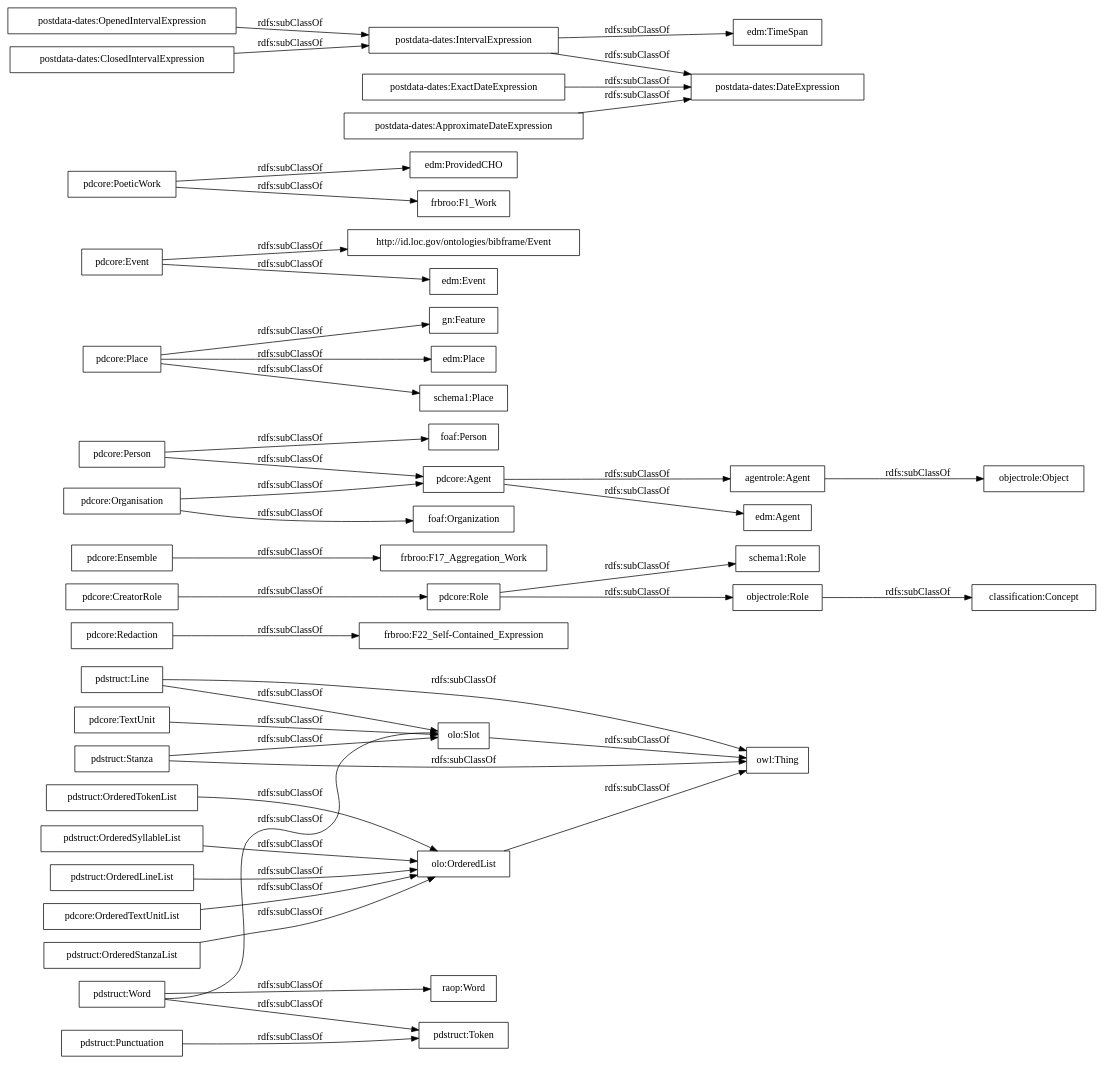
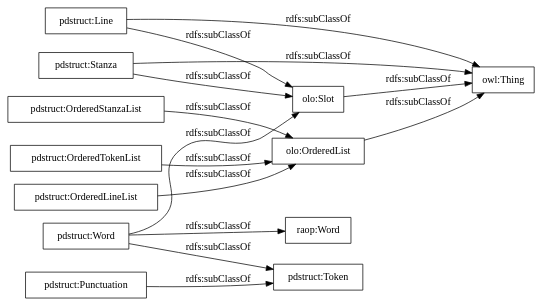
One commit to linhd-postdata/structuralElements-ontology changed the diagram in OnToology/postdata-structuralElements.owl/diagrams/ar2dtool-taxonomy/postdata-structuralElements.owl.png.dot. Above: the diagram before and after it, drawn with Graphviz. The commit also changed 12 other files, not shown here.

```diff
--- a/OnToology/postdata-structuralElements.owl/diagrams/ar2dtool-taxonomy/postdata-structuralElements.owl.png.dot
+++ b/OnToology/postdata-structuralElements.owl/diagrams/ar2dtool-taxonomy/postdata-structuralElements.owl.png.dot
@@ -1,48 +1,19 @@
 digraph ar2dtool_diagram { 
 rankdir=LR;
 size="1000"
-node [shape = rectangle, color="black"]; "pdstruct:Line" "pdstruct:Punctuation" "pdstruct:OrderedStanzaList" "pdstruct:OrderedTokenList" "pdstruct:Word" "pdstruct:Stanza" "pdstruct:Token" "pdstruct:OrderedSyllableList" "pdcore:Redaction" "raop:Word" "pdstruct:OrderedLineList" "pdcore:Role" "frbroo:F17_Aggregation_Work" "pdcore:OrderedTextUnitList" "agentrole:Agent" "gn:Feature" "edm:Agent" "pdcore:Agent" "pdcore:CreatorRole" "pdcore:Person" "pdcore:Organisation" "edm:Place" "pdcore:Ensemble" "foaf:Person" "frbroo:F22_Self-Contained_Expression" "http://id.loc.gov/ontologies/bibframe/Event" "edm:Event" "pdcore:TextUnit" "foaf:Organization" "edm:ProvidedCHO" "pdcore:Place" "schema1:Place" "pdcore:Event" "pdcore:PoeticWork" "frbroo:F1_Work" "schema1:Role" "olo:Slot" "olo:OrderedList" "owl:Thing" "objectrole:Role" "objectrole:Object" "postdata-dates:OpenedIntervalExpression" "postdata-dates:ClosedIntervalExpression" "postdata-dates:IntervalExpression" "postdata-dates:ExactDateExpression" "edm:TimeSpan" "postdata-dates:DateExpression" "postdata-dates:ApproximateDateExpression" "classification:Concept" ; /*classes style*/
-	"pdstruct:OrderedStanzaList" -> "olo:OrderedList" [ label = "rdfs:subClassOf" ];
-	"pdcore:Person" -> "foaf:Person" [ label = "rdfs:subClassOf" ];
-	"pdcore:Person" -> "pdcore:Agent" [ label = "rdfs:subClassOf" ];
+node [shape = rectangle, color="black"]; "pdstruct:Line" "pdstruct:Punctuation" "pdstruct:OrderedStanzaList" "pdstruct:OrderedTokenList" "pdstruct:Word" "pdstruct:Stanza" "pdstruct:Token" "raop:Word" "pdstruct:OrderedLineList" "olo:Slot" "olo:OrderedList" ; /*classes style*/
+	"pdstruct:Line" -> "olo:Slot" [ label = "rdfs:subClassOf" ];
+	"pdstruct:Line" -> "owl:Thing" [ label = "rdfs:subClassOf" ];
+	"pdstruct:OrderedLineList" -> "olo:OrderedList" [ label = "rdfs:subClassOf" ];
 	"pdstruct:OrderedTokenList" -> "olo:OrderedList" [ label = "rdfs:subClassOf" ];
-	"pdstruct:Punctuation" -> "pdstruct:Token" [ label = "rdfs:subClassOf" ];
-	"agentrole:Agent" -> "objectrole:Object" [ label = "rdfs:subClassOf" ];
 	"pdstruct:Word" -> "olo:Slot" [ label = "rdfs:subClassOf" ];
 	"pdstruct:Word" -> "pdstruct:Token" [ label = "rdfs:subClassOf" ];
 	"pdstruct:Word" -> "raop:Word" [ label = "rdfs:subClassOf" ];
-	"pdcore:PoeticWork" -> "frbroo:F1_Work" [ label = "rdfs:subClassOf" ];
-	"pdcore:PoeticWork" -> "edm:ProvidedCHO" [ label = "rdfs:subClassOf" ];
-	"objectrole:Role" -> "classification:Concept" [ label = "rdfs:subClassOf" ];
-	"pdstruct:OrderedSyllableList" -> "olo:OrderedList" [ label = "rdfs:subClassOf" ];
-	"postdata-dates:ClosedIntervalExpression" -> "postdata-dates:IntervalExpression" [ label = "rdfs:subClassOf" ];
+	"olo:OrderedList" -> "owl:Thing" [ label = "rdfs:subClassOf" ];
+	"olo:Slot" -> "owl:Thing" [ label = "rdfs:subClassOf" ];
 	"pdstruct:Stanza" -> "olo:Slot" [ label = "rdfs:subClassOf" ];
 	"pdstruct:Stanza" -> "owl:Thing" [ label = "rdfs:subClassOf" ];
-	"postdata-dates:ApproximateDateExpression" -> "postdata-dates:DateExpression" [ label = "rdfs:subClassOf" ];
-	"pdcore:Agent" -> "agentrole:Agent" [ label = "rdfs:subClassOf" ];
-	"pdcore:Agent" -> "edm:Agent" [ label = "rdfs:subClassOf" ];
-	"olo:Slot" -> "owl:Thing" [ label = "rdfs:subClassOf" ];
-	"postdata-dates:OpenedIntervalExpression" -> "postdata-dates:IntervalExpression" [ label = "rdfs:subClassOf" ];
-	"pdcore:Organisation" -> "foaf:Organization" [ label = "rdfs:subClassOf" ];
-	"pdcore:Organisation" -> "pdcore:Agent" [ label = "rdfs:subClassOf" ];
-	"pdcore:Ensemble" -> "frbroo:F17_Aggregation_Work" [ label = "rdfs:subClassOf" ];
-	"olo:OrderedList" -> "owl:Thing" [ label = "rdfs:subClassOf" ];
-	"pdcore:TextUnit" -> "olo:Slot" [ label = "rdfs:subClassOf" ];
-	"pdcore:Redaction" -> "frbroo:F22_Self-Contained_Expression" [ label = "rdfs:subClassOf" ];
-	"pdcore:Place" -> "edm:Place" [ label = "rdfs:subClassOf" ];
-	"pdcore:Place" -> "schema1:Place" [ label = "rdfs:subClassOf" ];
-	"pdcore:Place" -> "gn:Feature" [ label = "rdfs:subClassOf" ];
-	"pdstruct:OrderedLineList" -> "olo:OrderedList" [ label = "rdfs:subClassOf" ];
-	"pdcore:CreatorRole" -> "pdcore:Role" [ label = "rdfs:subClassOf" ];
-	"pdcore:Role" -> "objectrole:Role" [ label = "rdfs:subClassOf" ];
-	"pdcore:Role" -> "schema1:Role" [ label = "rdfs:subClassOf" ];
-	"pdstruct:Line" -> "olo:Slot" [ label = "rdfs:subClassOf" ];
-	"pdstruct:Line" -> "owl:Thing" [ label = "rdfs:subClassOf" ];
-	"pdcore:OrderedTextUnitList" -> "olo:OrderedList" [ label = "rdfs:subClassOf" ];
-	"postdata-dates:IntervalExpression" -> "edm:TimeSpan" [ label = "rdfs:subClassOf" ];
-	"postdata-dates:IntervalExpression" -> "postdata-dates:DateExpression" [ label = "rdfs:subClassOf" ];
-	"postdata-dates:ExactDateExpression" -> "postdata-dates:DateExpression" [ label = "rdfs:subClassOf" ];
-	"pdcore:Event" -> "edm:Event" [ label = "rdfs:subClassOf" ];
-	"pdcore:Event" -> "http://id.loc.gov/ontologies/bibframe/Event" [ label = "rdfs:subClassOf" ];
+	"pdstruct:OrderedStanzaList" -> "olo:OrderedList" [ label = "rdfs:subClassOf" ];
+	"pdstruct:Punctuation" -> "pdstruct:Token" [ label = "rdfs:subClassOf" ];
 
 }
```
